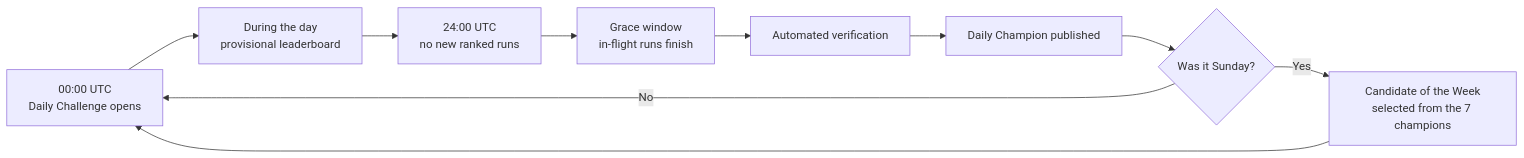
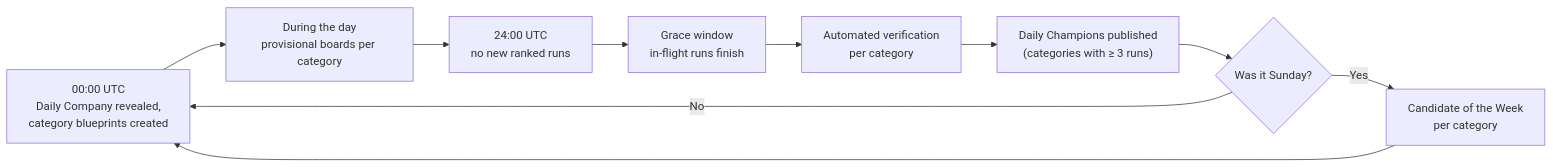
One commit to ricardoverita/cv-rush changed the second of 2 diagrams in docs/product/leaderboards.md. Above: the diagram before and after it, drawn with Mermaid. The commit also changed other lines of this file and 31 other files, not shown here.

````diff
--- a/docs/product/leaderboards.md
+++ b/docs/product/leaderboards.md
@@ -130,12 +154,12 @@
 ```mermaid
 flowchart LR
-  open["00:00 UTC<br/>Daily Challenge opens"] --> live["During the day<br/>provisional leaderboard"]
+  open["00:00 UTC<br/>Daily Company revealed,<br/>category blueprints created"] --> live["During the day<br/>provisional boards per category"]
   live --> close["24:00 UTC<br/>no new ranked runs"]
   close --> grace["Grace window<br/>in-flight runs finish"]
-  grace --> verify["Automated verification"]
-  verify --> champion["Daily Champion published"]
-  champion --> sunday{"Was it Sunday?"}
-  sunday -->|"Yes"| cotw["Candidate of the Week<br/>selected from the 7 champions"]
+  grace --> verify["Automated verification<br/>per category"]
+  verify --> champions["Daily Champions published<br/>(categories with ≥ 3 runs)"]
+  champions --> sunday{"Was it Sunday?"}
+  sunday -->|"Yes"| cotw["Candidate of the Week<br/>per category"]
   sunday -->|"No"| open
   cotw --> open
 ```
````
